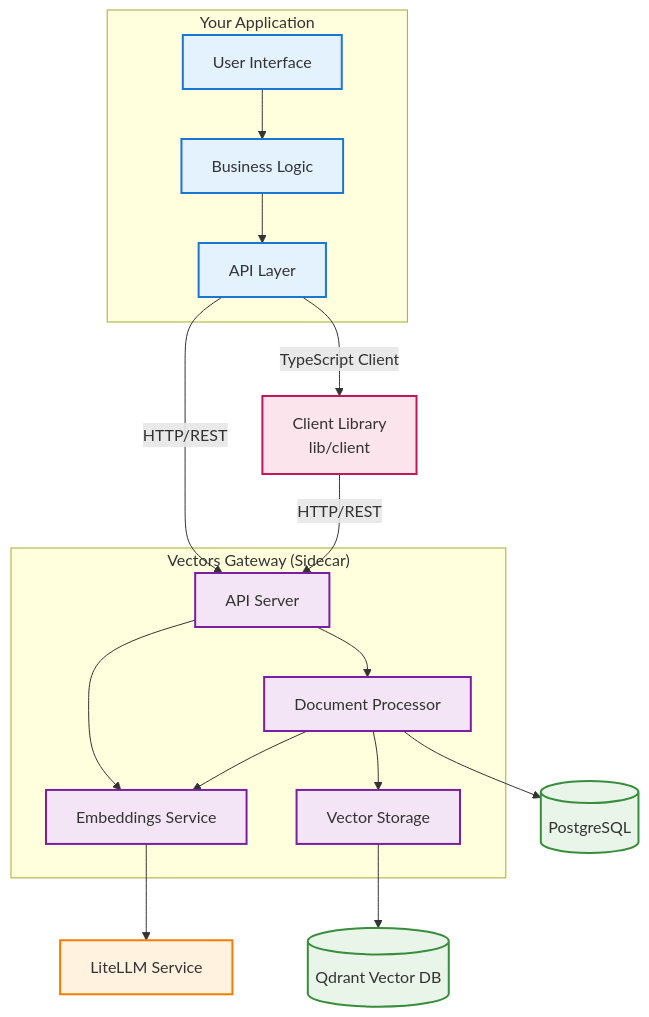
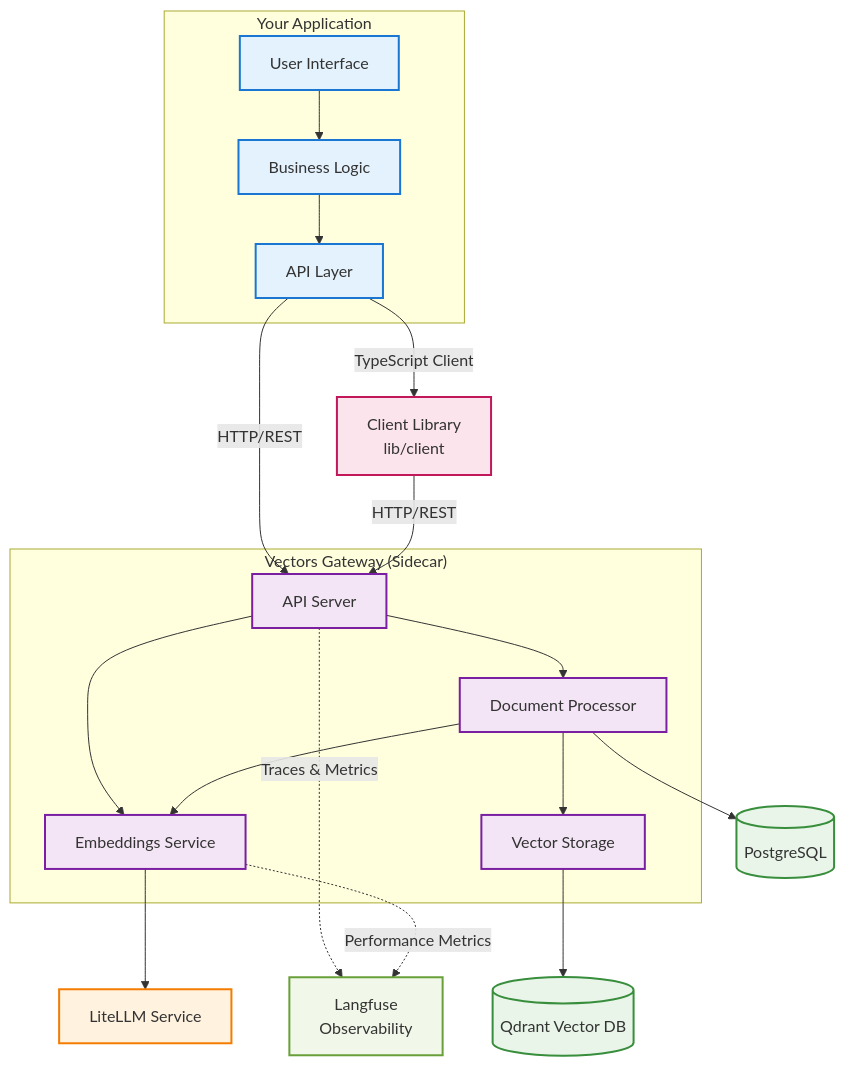
Before and after one commit to url4irl/vectors-gateway: the diagram in README.md, drawn with Mermaid. The commit also changed other lines of this file and 10 other files, not shown here.

````diff
--- a/README.md
+++ b/README.md
@@ -51,54 +57,61 @@
 ```mermaid
 graph TB
     %% Main Application
     subgraph "Your Application"
         UI[User Interface]
         BL[Business Logic]
         API[API Layer]
     end
     
     %% Vectors Gateway (Sidecar)
     subgraph "Vectors Gateway (Sidecar)"
         VG_API[API Server]
         DOC[Document Processor]
         EMB[Embeddings Service]
         VEC[Vector Storage]
     end
     
     %% External Services
     LiteLLM[LiteLLM Service]
     Qdrant[(Qdrant Vector DB)]
     PostgreSQL[(PostgreSQL)]
+    Langfuse[Langfuse<br/>Observability]
     
     %% Client Library
     CLIENT[Client Library<br/>lib/client]
     
     %% Connections
     UI --> BL
     BL --> API
     API -->|HTTP/REST| VG_API
     API -->|TypeScript Client| CLIENT
     CLIENT -->|HTTP/REST| VG_API
     
     %% Vectors Gateway Internal Flow
     VG_API --> DOC
     VG_API --> EMB
     DOC --> EMB
     EMB --> LiteLLM
     DOC --> VEC
     VEC --> Qdrant
     DOC --> PostgreSQL
     
+    %% Observability Flow
+    VG_API -.->|Traces & Metrics| Langfuse
+    EMB -.->|Performance Metrics| Langfuse
+    
     %% Styling
     classDef app fill:#e3f2fd,stroke:#1976d2,stroke-width:2px
     classDef sidecar fill:#f3e5f5,stroke:#7b1fa2,stroke-width:2px
     classDef external fill:#fff3e0,stroke:#f57c00,stroke-width:2px
     classDef database fill:#e8f5e8,stroke:#388e3c,stroke-width:2px
     classDef client fill:#fce4ec,stroke:#c2185b,stroke-width:2px
+    classDef observability fill:#f1f8e9,stroke:#689f38,stroke-width:2px
     
     class UI,BL,API app
     class VG_API,DOC,EMB,VEC sidecar
     class LiteLLM external
     class Qdrant,PostgreSQL database
     class CLIENT client
+    class Langfuse observability
 ```
````
